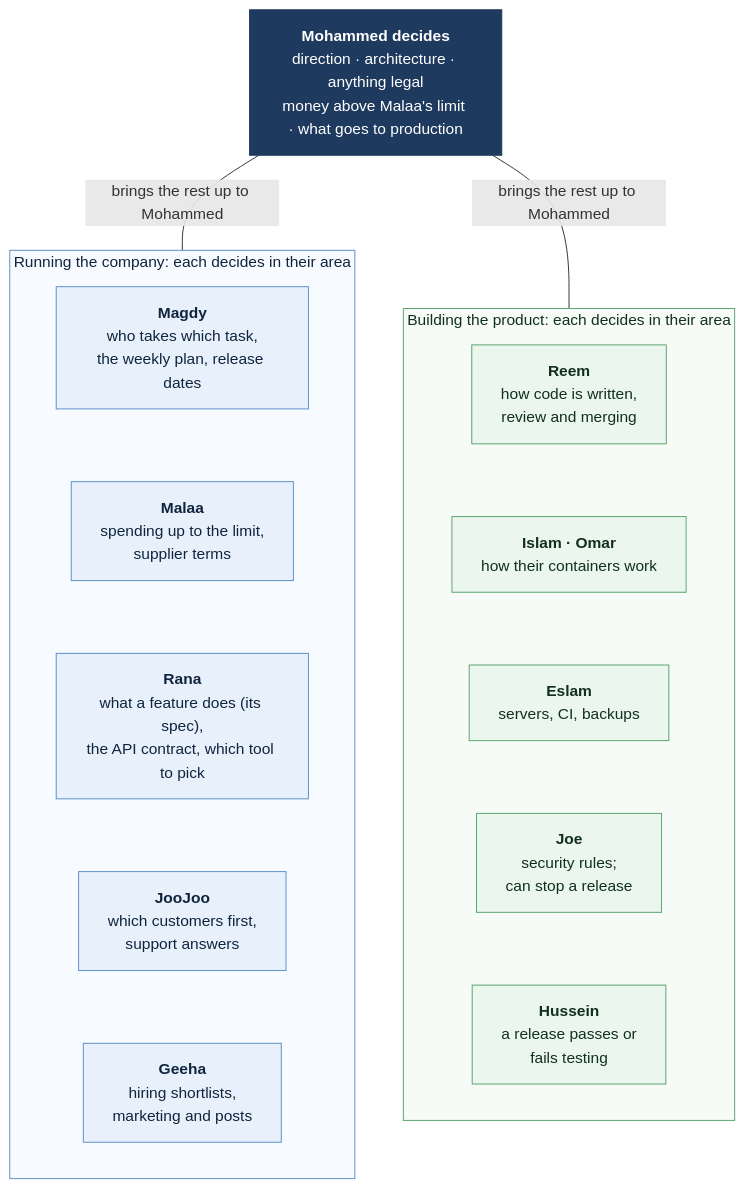
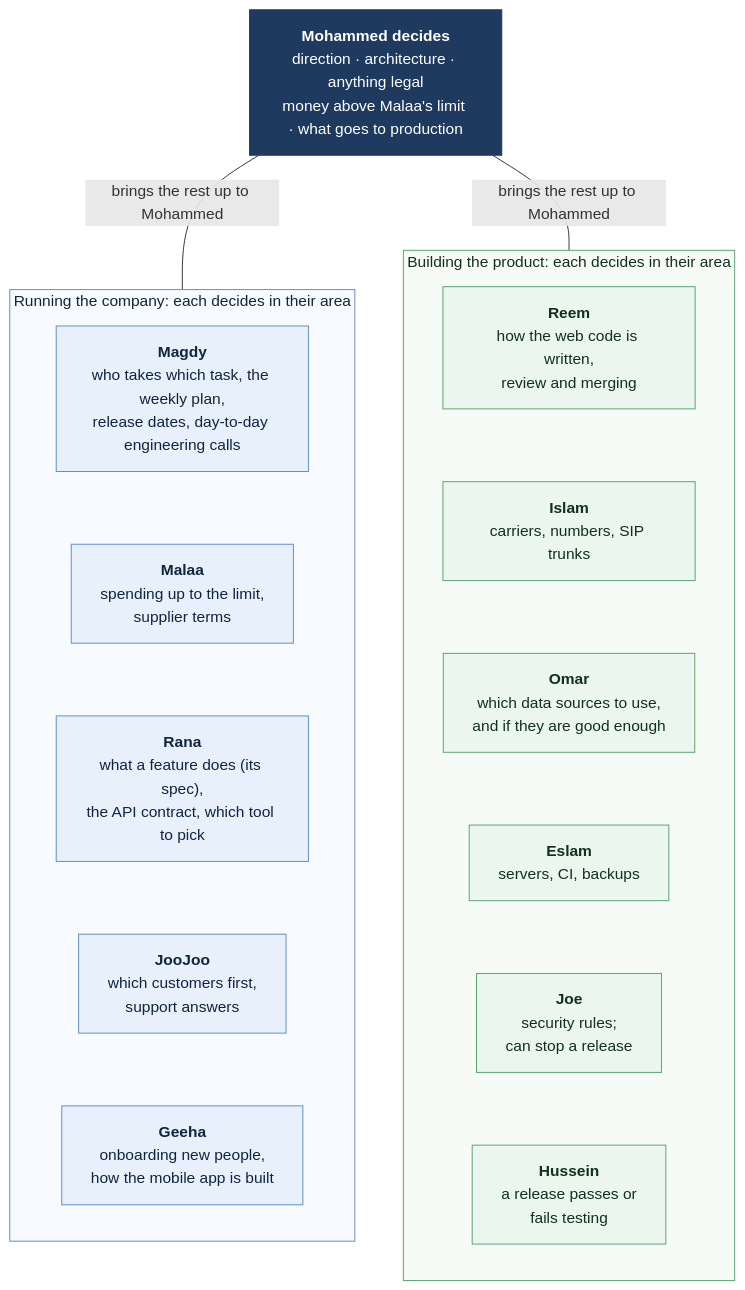
Before and after one commit to Mohammed-HeshamMohammed/Turf: the second of 5 diagrams in docs/team/README.md, drawn with Mermaid. The commit also changed other lines of this file and 2 other files, not shown here.

````diff
--- a/docs/team/README.md
+++ b/docs/team/README.md
@@ -74,36 +73,37 @@
 ```mermaid
 flowchart TB
     M["<b>Mohammed decides</b><br/>direction · architecture · anything legal<br/>money above Malaa's limit · what goes to production"]
 
     subgraph CO["Running the company: each decides in their area"]
         direction TB
-        D1["<b>Magdy</b><br/>who takes which task,<br/>the weekly plan, release dates"]
+        D1["<b>Magdy</b><br/>who takes which task, the weekly plan,<br/>release dates, day-to-day engineering calls"]
         D2["<b>Malaa</b><br/>spending up to the limit,<br/>supplier terms"]
         D3["<b>Rana</b><br/>what a feature does (its spec),<br/>the API contract, which tool to pick"]
         D4["<b>JooJoo</b><br/>which customers first,<br/>support answers"]
-        D5["<b>Geeha</b><br/>hiring shortlists,<br/>marketing and posts"]
+        D5["<b>Geeha</b><br/>onboarding new people,<br/>how the mobile app is built"]
     end
 
     subgraph PR["Building the product: each decides in their area"]
         direction TB
-        D6["<b>Reem</b><br/>how code is written,<br/>review and merging"]
-        D7["<b>Islam · Omar</b><br/>how their containers work"]
-        D8["<b>Eslam</b><br/>servers, CI, backups"]
-        D9["<b>Joe</b><br/>security rules;<br/>can stop a release"]
-        D10["<b>Hussein</b><br/>a release passes or<br/>fails testing"]
+        D6["<b>Reem</b><br/>how the web code is written,<br/>review and merging"]
+        D7["<b>Islam</b><br/>carriers, numbers, SIP trunks"]
+        D8["<b>Omar</b><br/>which data sources to use,<br/>and if they are good enough"]
+        D9["<b>Eslam</b><br/>servers, CI, backups"]
+        D10["<b>Joe</b><br/>security rules;<br/>can stop a release"]
+        D11["<b>Hussein</b><br/>a release passes or<br/>fails testing"]
     end
 
     D1 ~~~ D2 ~~~ D3 ~~~ D4 ~~~ D5
-    D6 ~~~ D7 ~~~ D8 ~~~ D9 ~~~ D10
+    D6 ~~~ D7 ~~~ D8 ~~~ D9 ~~~ D10 ~~~ D11
     M -- "brings the rest up to Mohammed" --- CO
     M -- "brings the rest up to Mohammed" --- PR
 
     classDef top fill:#1f3a5f,stroke:#1f3a5f,color:#ffffff
     classDef ceo fill:#e8f1fb,stroke:#5b8fc7,color:#10243d
     classDef cto fill:#eaf6ee,stroke:#5aa36f,color:#12301c
     class M top
     class D1,D2,D3,D4,D5 ceo
-    class D6,D7,D8,D9,D10 cto
+    class D6,D7,D8,D9,D10,D11 cto
     style CO fill:#f7faff,stroke:#5b8fc7,color:#10243d
     style PR fill:#f6fbf7,stroke:#5aa36f,color:#12301c
 ```
````
